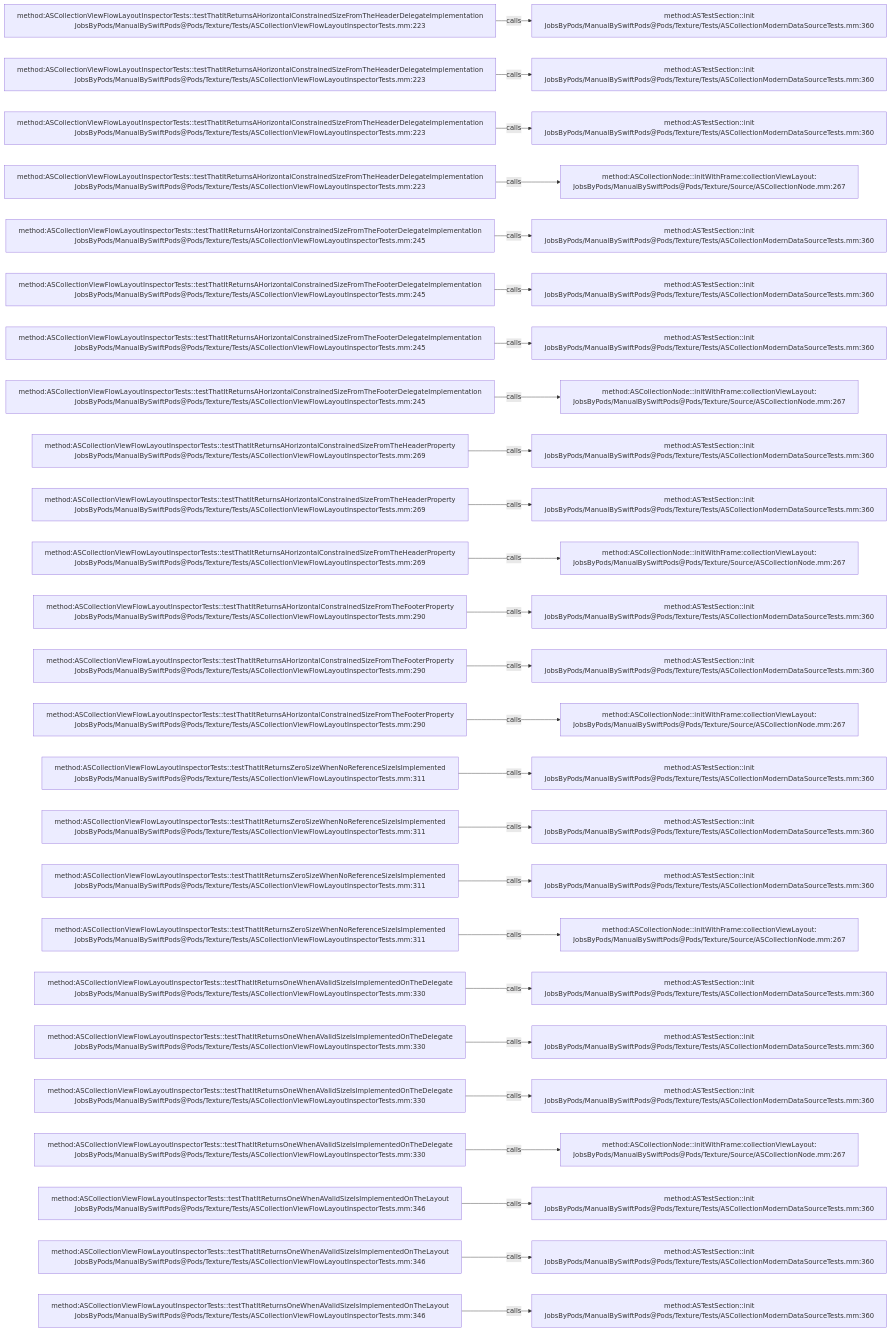
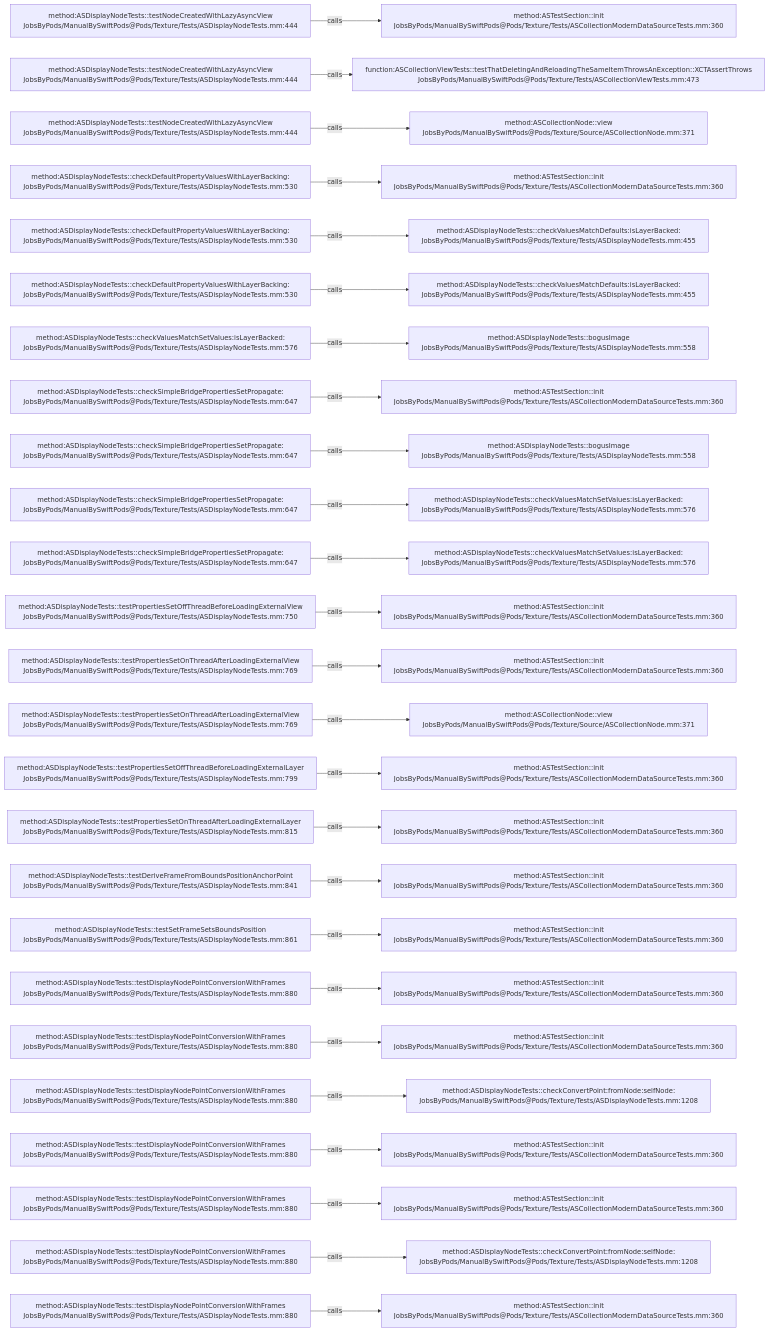
The diagram in .codegraph/codegraph.md/graphs/calls-188.md (JobsKits/JobsSwiftBaseConfigDemo), drawn with Mermaid before and after one commit. The commit also changed 832 other files, not shown here.

````diff
--- a/.codegraph/codegraph.md/graphs/calls-188.md
+++ b/.codegraph/codegraph.md/graphs/calls-188.md
@@ -13,78 +13,78 @@
 ```mermaid
 flowchart LR
-  S1["method:ASCollectionViewFlowLayoutInspectorTests::testThatItReturnsAHorizontalConstrainedSizeFromTheHeaderDelegateImplementation<br/>JobsByPods/ManualBySwiftPods@Pods/Texture/Tests/ASCollectionViewFlowLayoutInspectorTests.mm:223"]
+  S1["method:ASDisplayNodeTests::testNodeCreatedWithLazyAsyncView<br/>JobsByPods/ManualBySwiftPods@Pods/Texture/Tests/ASDisplayNodeTests.mm:444"]
   T1["method:ASTestSection::init<br/>JobsByPods/ManualBySwiftPods@Pods/Texture/Tests/ASCollectionModernDataSourceTests.mm:360"]
   S1 -->|calls| T1
-  S2["method:ASCollectionViewFlowLayoutInspectorTests::testThatItReturnsAHorizontalConstrainedSizeFromTheHeaderDelegateImplementation<br/>JobsByPods/ManualBySwiftPods@Pods/Texture/Tests/ASCollectionViewFlowLayoutInspectorTests.mm:223"]
-  T2["method:ASTestSection::init<br/>JobsByPods/ManualBySwiftPods@Pods/Texture/Tests/ASCollectionModernDataSourceTests.mm:360"]
+  S2["method:ASDisplayNodeTests::testNodeCreatedWithLazyAsyncView<br/>JobsByPods/ManualBySwiftPods@Pods/Texture/Tests/ASDisplayNodeTests.mm:444"]
+  T2["function:ASCollectionViewTests::testThatDeletingAndReloadingTheSameItemThrowsAnException::XCTAssertThrows<br/>JobsByPods/ManualBySwiftPods@Pods/Texture/Tests/ASCollectionViewTests.mm:473"]
   S2 -->|calls| T2
-  S3["method:ASCollectionViewFlowLayoutInspectorTests::testThatItReturnsAHorizontalConstrainedSizeFromTheHeaderDelegateImplementation<br/>JobsByPods/ManualBySwiftPods@Pods/Texture/Tests/ASCollectionViewFlowLayoutInspectorTests.mm:223"]
-  T3["method:ASTestSection::init<br/>JobsByPods/ManualBySwiftPods@Pods/Texture/Tests/ASCollectionModernDataSourceTests.mm:360"]
+  S3["method:ASDisplayNodeTests::testNodeCreatedWithLazyAsyncView<br/>JobsByPods/ManualBySwiftPods@Pods/Texture/Tests/ASDisplayNodeTests.mm:444"]
+  T3["method:ASCollectionNode::view<br/>JobsByPods/ManualBySwiftPods@Pods/Texture/Source/ASCollectionNode.mm:371"]
   S3 -->|calls| T3
-  S4["method:ASCollectionViewFlowLayoutInspectorTests::testThatItReturnsAHorizontalConstrainedSizeFromTheHeaderDelegateImplementation<br/>JobsByPods/ManualBySwiftPods@Pods/Texture/Tests/ASCollectionViewFlowLayoutInspectorTests.mm:223"]
-  T4["method:ASCollectionNode::initWithFrame:collectionViewLayout:<br/>JobsByPods/ManualBySwiftPods@Pods/Texture/Source/ASCollectionNode.mm:267"]
+  S4["method:ASDisplayNodeTests::checkDefaultPropertyValuesWithLayerBacking:<br/>JobsByPods/ManualBySwiftPods@Pods/Texture/Tests/ASDisplayNodeTests.mm:530"]
+  T4["method:ASTestSection::init<br/>JobsByPods/ManualBySwiftPods@Pods/Texture/Tests/ASCollectionModernDataSourceTests.mm:360"]
   S4 -->|calls| T4
-  S5["method:ASCollectionViewFlowLayoutInspectorTests::testThatItReturnsAHorizontalConstrainedSizeFromTheFooterDelegateImplementation<br/>JobsByPods/ManualBySwiftPods@Pods/Texture/Tests/ASCollectionViewFlowLayoutInspectorTests.mm:245"]
-  T5["method:ASTestSection::init<br/>JobsByPods/ManualBySwiftPods@Pods/Texture/Tests/ASCollectionModernDataSourceTests.mm:360"]
+  S5["method:ASDisplayNodeTests::checkDefaultPropertyValuesWithLayerBacking:<br/>JobsByPods/ManualBySwiftPods@Pods/Texture/Tests/ASDisplayNodeTests.mm:530"]
+  T5["method:ASDisplayNodeTests::checkValuesMatchDefaults:isLayerBacked:<br/>JobsByPods/ManualBySwiftPods@Pods/Texture/Tests/ASDisplayNodeTests.mm:455"]
   S5 -->|calls| T5
-  S6["method:ASCollectionViewFlowLayoutInspectorTests::testThatItReturnsAHorizontalConstrainedSizeFromTheFooterDelegateImplementation<br/>JobsByPods/ManualBySwiftPods@Pods/Texture/Tests/ASCollectionViewFlowLayoutInspectorTests.mm:245"]
-  T6["method:ASTestSection::init<br/>JobsByPods/ManualBySwiftPods@Pods/Texture/Tests/ASCollectionModernDataSourceTests.mm:360"]
+  S6["method:ASDisplayNodeTests::checkDefaultPropertyValuesWithLayerBacking:<br/>JobsByPods/ManualBySwiftPods@Pods/Texture/Tests/ASDisplayNodeTests.mm:530"]
+  T6["method:ASDisplayNodeTests::checkValuesMatchDefaults:isLayerBacked:<br/>JobsByPods/ManualBySwiftPods@Pods/Texture/Tests/ASDisplayNodeTests.mm:455"]
   S6 -->|calls| T6
-  S7["method:ASCollectionViewFlowLayoutInspectorTests::testThatItReturnsAHorizontalConstrainedSizeFromTheFooterDelegateImplementation<br/>JobsByPods/ManualBySwiftPods@Pods/Texture/Tests/ASCollectionViewFlowLayoutInspectorTests.mm:245"]
-  T7["method:ASTestSection::init<br/>JobsByPods/ManualBySwiftPods@Pods/Texture/Tests/ASCollectionModernDataSourceTests.mm:360"]
+  S7["method:ASDisplayNodeTests::checkValuesMatchSetValues:isLayerBacked:<br/>JobsByPods/ManualBySwiftPods@Pods/Texture/Tests/ASDisplayNodeTests.mm:576"]
+  T7["method:ASDisplayNodeTests::bogusImage<br/>JobsByPods/ManualBySwiftPods@Pods/Texture/Tests/ASDisplayNodeTests.mm:558"]
   S7 -->|calls| T7
-  S8["method:ASCollectionViewFlowLayoutInspectorTests::testThatItReturnsAHorizontalConstrainedSizeFromTheFooterDelegateImplementation<br/>JobsByPods/ManualBySwiftPods@Pods/Texture/Tests/ASCollectionViewFlowLayoutInspectorTests.mm:245"]
-  T8["method:ASCollectionNode::initWithFrame:collectionViewLayout:<br/>JobsByPods/ManualBySwiftPods@Pods/Texture/Source/ASCollectionNode.mm:267"]
+  S8["method:ASDisplayNodeTests::checkSimpleBridgePropertiesSetPropagate:<br/>JobsByPods/ManualBySwiftPods@Pods/Texture/Tests/ASDisplayNodeTests.mm:647"]
+  T8["method:ASTestSection::init<br/>JobsByPods/ManualBySwiftPods@Pods/Texture/Tests/ASCollectionModernDataSourceTests.mm:360"]
   S8 -->|calls| T8
-  S9["method:ASCollectionViewFlowLayoutInspectorTests::testThatItReturnsAHorizontalConstrainedSizeFromTheHeaderProperty<br/>JobsByPods/ManualBySwiftPods@Pods/Texture/Tests/ASCollectionViewFlowLayoutInspectorTests.mm:269"]
-  T9["method:ASTestSection::init<br/>JobsByPods/ManualBySwiftPods@Pods/Texture/Tests/ASCollectionModernDataSourceTests.mm:360"]
+  S9["method:ASDisplayNodeTests::checkSimpleBridgePropertiesSetPropagate:<br/>JobsByPods/ManualBySwiftPods@Pods/Texture/Tests/ASDisplayNodeTests.mm:647"]
+  T9["method:ASDisplayNodeTests::bogusImage<br/>JobsByPods/ManualBySwiftPods@Pods/Texture/Tests/ASDisplayNodeTests.mm:558"]
   S9 -->|calls| T9
-  S10["method:ASCollectionViewFlowLayoutInspectorTests::testThatItReturnsAHorizontalConstrainedSizeFromTheHeaderProperty<br/>JobsByPods/ManualBySwiftPods@Pods/Texture/Tests/ASCollectionViewFlowLayoutInspectorTests.mm:269"]
-  T10["method:ASTestSection::init<br/>JobsByPods/ManualBySwiftPods@Pods/Texture/Tests/ASCollectionModernDataSourceTests.mm:360"]
+  S10["method:ASDisplayNodeTests::checkSimpleBridgePropertiesSetPropagate:<br/>JobsByPods/ManualBySwiftPods@Pods/Texture/Tests/ASDisplayNodeTests.mm:647"]
+  T10["method:ASDisplayNodeTests::checkValuesMatchSetValues:isLayerBacked:<br/>JobsByPods/ManualBySwiftPods@Pods/Texture/Tests/ASDisplayNodeTests.mm:576"]
   S10 -->|calls| T10
-  S11["method:ASCollectionViewFlowLayoutInspectorTests::testThatItReturnsAHorizontalConstrainedSizeFromTheHeaderProperty<br/>JobsByPods/ManualBySwiftPods@Pods/Texture/Tests/ASCollectionViewFlowLayoutInspectorTests.mm:269"]
-  T11["method:ASCollectionNode::initWithFrame:collectionViewLayout:<br/>JobsByPods/ManualBySwiftPods@Pods/Texture/Source/ASCollectionNode.mm:267"]
+  S11["method:ASDisplayNodeTests::checkSimpleBridgePropertiesSetPropagate:<br/>JobsByPods/ManualBySwiftPods@Pods/Texture/Tests/ASDisplayNodeTests.mm:647"]
+  T11["method:ASDisplayNodeTests::checkValuesMatchSetValues:isLayerBacked:<br/>JobsByPods/ManualBySwiftPods@Pods/Texture/Tests/ASDisplayNodeTests.mm:576"]
   S11 -->|calls| T11
-  S12["method:ASCollectionViewFlowLayoutInspectorTests::testThatItReturnsAHorizontalConstrainedSizeFromTheFooterProperty<br/>JobsByPods/ManualBySwiftPods@Pods/Texture/Tests/ASCollectionViewFlowLayoutInspectorTests.mm:290"]
+  S12["method:ASDisplayNodeTests::testPropertiesSetOffThreadBeforeLoadingExternalView<br/>JobsByPods/ManualBySwiftPods@Pods/Texture/Tests/ASDisplayNodeTests.mm:750"]
   T12["method:ASTestSection::init<br/>JobsByPods/ManualBySwiftPods@Pods/Texture/Tests/ASCollectionModernDataSourceTests.mm:360"]
   S12 -->|calls| T12
-  S13["method:ASCollectionViewFlowLayoutInspectorTests::testThatItReturnsAHorizontalConstrainedSizeFromTheFooterProperty<br/>JobsByPods/ManualBySwiftPods@Pods/Texture/Tests/ASCollectionViewFlowLayoutInspectorTests.mm:290"]
+  S13["method:ASDisplayNodeTests::testPropertiesSetOnThreadAfterLoadingExternalView<br/>JobsByPods/ManualBySwiftPods@Pods/Texture/Tests/ASDisplayNodeTests.mm:769"]
   T13["method:ASTestSection::init<br/>JobsByPods/ManualBySwiftPods@Pods/Texture/Tests/ASCollectionModernDataSourceTests.mm:360"]
   S13 -->|calls| T13
-  S14["method:ASCollectionViewFlowLayoutInspectorTests::testThatItReturnsAHorizontalConstrainedSizeFromTheFooterProperty<br/>JobsByPods/ManualBySwiftPods@Pods/Texture/Tests/ASCollectionViewFlowLayoutInspectorTests.mm:290"]
-  T14["method:ASCollectionNode::initWithFrame:collectionViewLayout:<br/>JobsByPods/ManualBySwiftPods@Pods/Texture/Source/ASCollectionNode.mm:267"]
+  S14["method:ASDisplayNodeTests::testPropertiesSetOnThreadAfterLoadingExternalView<br/>JobsByPods/ManualBySwiftPods@Pods/Texture/Tests/ASDisplayNodeTests.mm:769"]
+  T14["method:ASCollectionNode::view<br/>JobsByPods/ManualBySwiftPods@Pods/Texture/Source/ASCollectionNode.mm:371"]
   S14 -->|calls| T14
-  S15["method:ASCollectionViewFlowLayoutInspectorTests::testThatItReturnsZeroSizeWhenNoReferenceSizeIsImplemented<br/>JobsByPods/ManualBySwiftPods@Pods/Texture/Tests/ASCollectionViewFlowLayoutInspectorTests.mm:311"]
+  S15["method:ASDisplayNodeTests::testPropertiesSetOffThreadBeforeLoadingExternalLayer<br/>JobsByPods/ManualBySwiftPods@Pods/Texture/Tests/ASDisplayNodeTests.mm:799"]
   T15["method:ASTestSection::init<br/>JobsByPods/ManualBySwiftPods@Pods/Texture/Tests/ASCollectionModernDataSourceTests.mm:360"]
   S15 -->|calls| T15
-  S16["method:ASCollectionViewFlowLayoutInspectorTests::testThatItReturnsZeroSizeWhenNoReferenceSizeIsImplemented<br/>JobsByPods/ManualBySwiftPods@Pods/Texture/Tests/ASCollectionViewFlowLayoutInspectorTests.mm:311"]
+  S16["method:ASDisplayNodeTests::testPropertiesSetOnThreadAfterLoadingExternalLayer<br/>JobsByPods/ManualBySwiftPods@Pods/Texture/Tests/ASDisplayNodeTests.mm:815"]
   T16["method:ASTestSection::init<br/>JobsByPods/ManualBySwiftPods@Pods/Texture/Tests/ASCollectionModernDataSourceTests.mm:360"]
   S16 -->|calls| T16
-  S17["method:ASCollectionViewFlowLayoutInspectorTests::testThatItReturnsZeroSizeWhenNoReferenceSizeIsImplemented<br/>JobsByPods/ManualBySwiftPods@Pods/Texture/Tests/ASCollectionViewFlowLayoutInspectorTests.mm:311"]
+  S17["method:ASDisplayNodeTests::testDeriveFrameFromBoundsPositionAnchorPoint<br/>JobsByPods/ManualBySwiftPods@Pods/Texture/Tests/ASDisplayNodeTests.mm:841"]
   T17["method:ASTestSection::init<br/>JobsByPods/ManualBySwiftPods@Pods/Texture/Tests/ASCollectionModernDataSourceTests.mm:360"]
   S17 -->|calls| T17
-  S18["method:ASCollectionViewFlowLayoutInspectorTests::testThatItReturnsZeroSizeWhenNoReferenceSizeIsImplemented<br/>JobsByPods/ManualBySwiftPods@Pods/Texture/Tests/ASCollectionViewFlowLayoutInspectorTests.mm:311"]
-  T18["method:ASCollectionNode::initWithFrame:collectionViewLayout:<br/>JobsByPods/ManualBySwiftPods@Pods/Texture/Source/ASCollectionNode.mm:267"]
+  S18["method:ASDisplayNodeTests::testSetFrameSetsBoundsPosition<br/>JobsByPods/ManualBySwiftPods@Pods/Texture/Tests/ASDisplayNodeTests.mm:861"]
+  T18["method:ASTestSection::init<br/>JobsByPods/ManualBySwiftPods@Pods/Texture/Tests/ASCollectionModernDataSourceTests.mm:360"]
   S18 -->|calls| T18
-  S19["method:ASCollectionViewFlowLayoutInspectorTests::testThatItReturnsOneWhenAValidSizeIsImplementedOnTheDelegate<br/>JobsByPods/ManualBySwiftPods@Pods/Texture/Tests/ASCollectionViewFlowLayoutInspectorTests.mm:330"]
+  S19["method:ASDisplayNodeTests::testDisplayNodePointConversionWithFrames<br/>JobsByPods/ManualBySwiftPods@Pods/Texture/Tests/ASDisplayNodeTests.mm:880"]
   T19["method:ASTestSection::init<br/>JobsByPods/ManualBySwiftPods@Pods/Texture/Tests/ASCollectionModernDataSourceTests.mm:360"]
   S19 -->|calls| T19
-  S20["method:ASCollectionViewFlowLayoutInspectorTests::testThatItReturnsOneWhenAValidSizeIsImplementedOnTheDelegate<br/>JobsByPods/ManualBySwiftPods@Pods/Texture/Tests/ASCollectionViewFlowLayoutInspectorTests.mm:330"]
+  S20["method:ASDisplayNodeTests::testDisplayNodePointConversionWithFrames<br/>JobsByPods/ManualBySwiftPods@Pods/Texture/Tests/ASDisplayNodeTests.mm:880"]
   T20["method:ASTestSection::init<br/>JobsByPods/ManualBySwiftPods@Pods/Texture/Tests/ASCollectionModernDataSourceTests.mm:360"]
   S20 -->|calls| T20
-  S21["method:ASCollectionViewFlowLayoutInspectorTests::testThatItReturnsOneWhenAValidSizeIsImplementedOnTheDelegate<br/>JobsByPods/ManualBySwiftPods@Pods/Texture/Tests/ASCollectionViewFlowLayoutInspectorTests.mm:330"]
-  T21["method:ASTestSection::init<br/>JobsByPods/ManualBySwiftPods@Pods/Texture/Tests/ASCollectionModernDataSourceTests.mm:360"]
+  S21["method:ASDisplayNodeTests::testDisplayNodePointConversionWithFrames<br/>JobsByPods/ManualBySwiftPods@Pods/Texture/Tests/ASDisplayNodeTests.mm:880"]
+  T21["method:ASDisplayNodeTests::checkConvertPoint:fromNode:selfNode:<br/>JobsByPods/ManualBySwiftPods@Pods/Texture/Tests/ASDisplayNodeTests.mm:1208"]
   S21 -->|calls| T21
-  S22["method:ASCollectionViewFlowLayoutInspectorTests::testThatItReturnsOneWhenAValidSizeIsImplementedOnTheDelegate<br/>JobsByPods/ManualBySwiftPods@Pods/Texture/Tests/ASCollectionViewFlowLayoutInspectorTests.mm:330"]
-  T22["method:ASCollectionNode::initWithFrame:collectionViewLayout:<br/>JobsByPods/ManualBySwiftPods@Pods/Texture/Source/ASCollectionNode.mm:267"]
+  S22["method:ASDisplayNodeTests::testDisplayNodePointConversionWithFrames<br/>JobsByPods/ManualBySwiftPods@Pods/Texture/Tests/ASDisplayNodeTests.mm:880"]
+  T22["method:ASTestSection::init<br/>JobsByPods/ManualBySwiftPods@Pods/Texture/Tests/ASCollectionModernDataSourceTests.mm:360"]
   S22 -->|calls| T22
-  S23["method:ASCollectionViewFlowLayoutInspectorTests::testThatItReturnsOneWhenAValidSizeIsImplementedOnTheLayout<br/>JobsByPods/ManualBySwiftPods@Pods/Texture/Tests/ASCollectionViewFlowLayoutInspectorTests.mm:346"]
+  S23["method:ASDisplayNodeTests::testDisplayNodePointConversionWithFrames<br/>JobsByPods/ManualBySwiftPods@Pods/Texture/Tests/ASDisplayNodeTests.mm:880"]
   T23["method:ASTestSection::init<br/>JobsByPods/ManualBySwiftPods@Pods/Texture/Tests/ASCollectionModernDataSourceTests.mm:360"]
   S23 -->|calls| T23
-  S24["method:ASCollectionViewFlowLayoutInspectorTests::testThatItReturnsOneWhenAValidSizeIsImplementedOnTheLayout<br/>JobsByPods/ManualBySwiftPods@Pods/Texture/Tests/ASCollectionViewFlowLayoutInspectorTests.mm:346"]
-  T24["method:ASTestSection::init<br/>JobsByPods/ManualBySwiftPods@Pods/Texture/Tests/ASCollectionModernDataSourceTests.mm:360"]
+  S24["method:ASDisplayNodeTests::testDisplayNodePointConversionWithFrames<br/>JobsByPods/ManualBySwiftPods@Pods/Texture/Tests/ASDisplayNodeTests.mm:880"]
+  T24["method:ASDisplayNodeTests::checkConvertPoint:fromNode:selfNode:<br/>JobsByPods/ManualBySwiftPods@Pods/Texture/Tests/ASDisplayNodeTests.mm:1208"]
   S24 -->|calls| T24
-  S25["method:ASCollectionViewFlowLayoutInspectorTests::testThatItReturnsOneWhenAValidSizeIsImplementedOnTheLayout<br/>JobsByPods/ManualBySwiftPods@Pods/Texture/Tests/ASCollectionViewFlowLayoutInspectorTests.mm:346"]
+  S25["method:ASDisplayNodeTests::testDisplayNodePointConversionWithFrames<br/>JobsByPods/ManualBySwiftPods@Pods/Texture/Tests/ASDisplayNodeTests.mm:880"]
   T25["method:ASTestSection::init<br/>JobsByPods/ManualBySwiftPods@Pods/Texture/Tests/ASCollectionModernDataSourceTests.mm:360"]
   S25 -->|calls| T25
 ```
````
